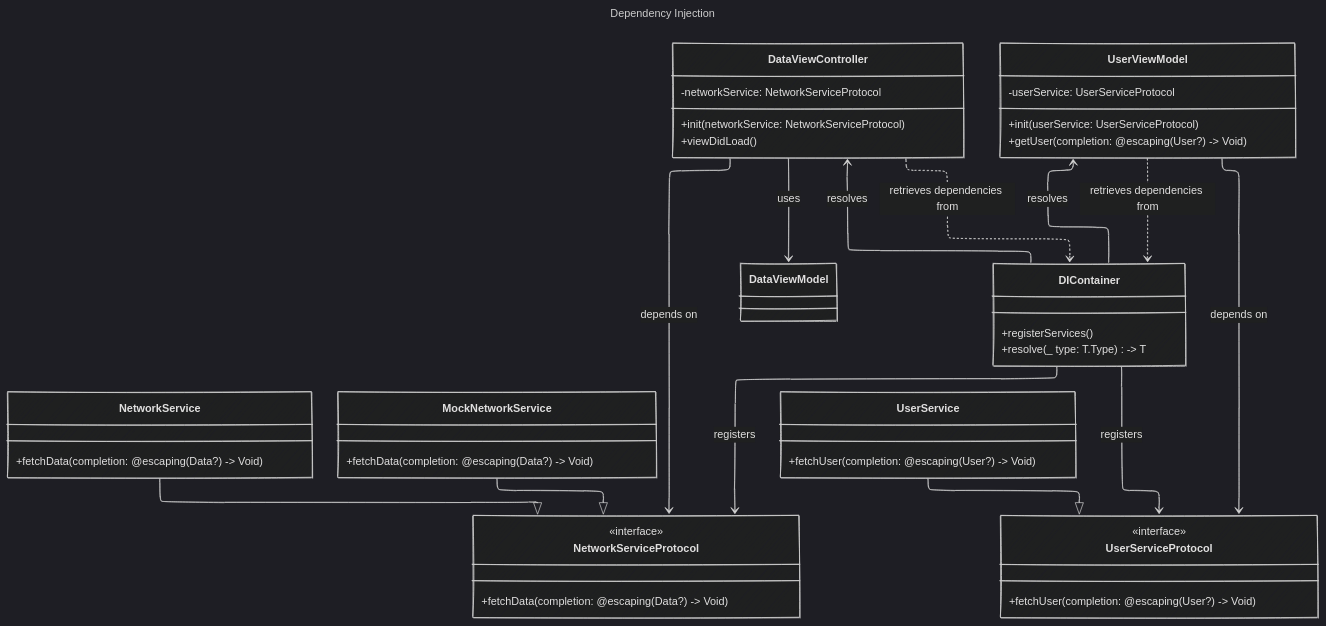
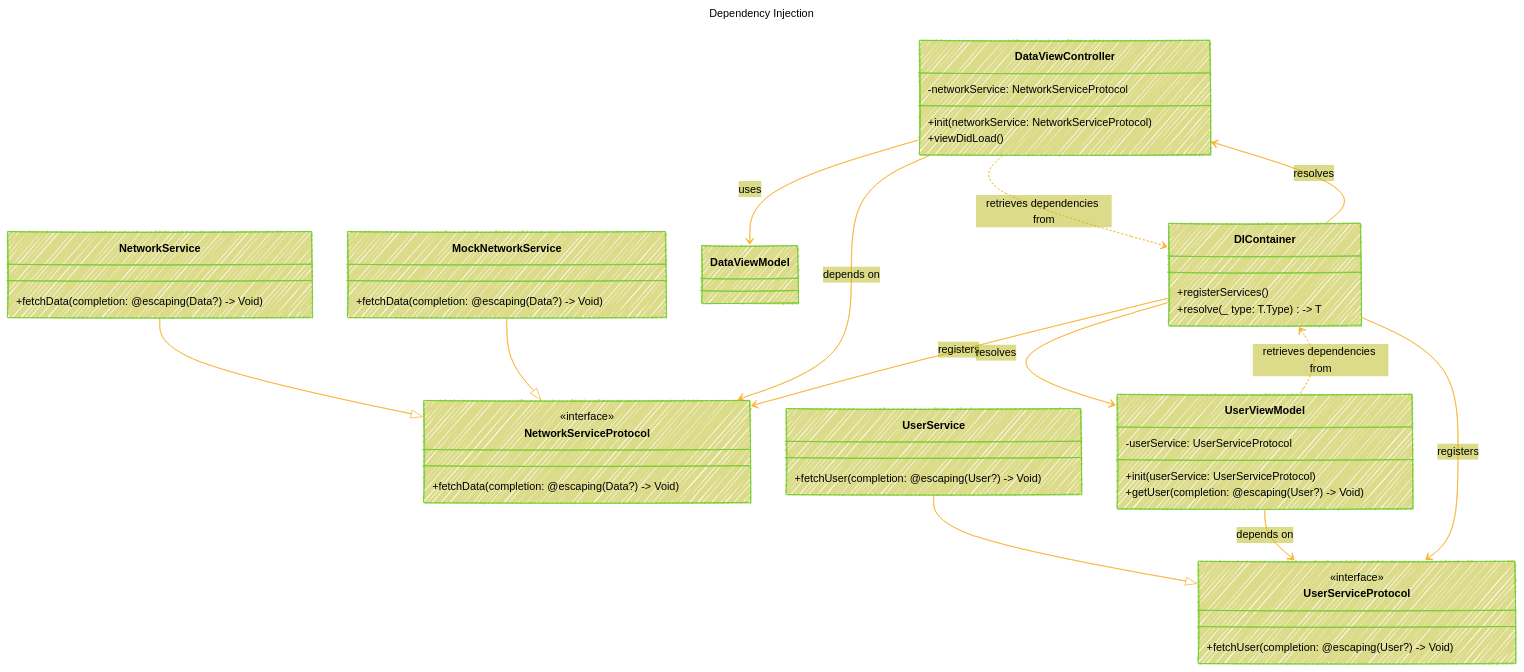
One commit to CongLeSolutionX/iOS-development-vault changed the first of 2 diagrams in Design_Patterns/Dependency_Injection/Dependency_Injection_V1.md. Above: the diagram before and after it, drawn with Mermaid.

````diff
--- a/Design_Patterns/Dependency_Injection/Dependency_Injection_V1.md
+++ b/Design_Patterns/Dependency_Injection/Dependency_Injection_V1.md
@@ -21,11 +21,28 @@
 ```mermaid
 ---
 title: Dependency Injection
+author: "Cong Le"
+version: "1.0"
+license(s): "MIT, CC BY 4.0"
+copyright: "Copyright (c) 2025 Cong Le. All Rights Reserved."
 config:
-  layout: elk
   look: handDrawn
-  theme: dark
+  theme: base
 ---
+%%%%%%%% Mermaid version v11.4.1-b.14
+%%{
+  init: {
+    'classDiagram': { 'htmlLabels': false},
+    'fontFamily': 'Monospace',
+    'themeVariables': {
+      'primaryColor': '#BB28',
+      'primaryTextColor': '#000',
+      'lineColor': '#F8B229',
+      'primaryBorderColor': '#7C3',
+      'secondaryColor': '#DD15'
+    }
+  }
+}%%
 classDiagram
     %% Protocol Definition
     class NetworkServiceProtocol {
````
